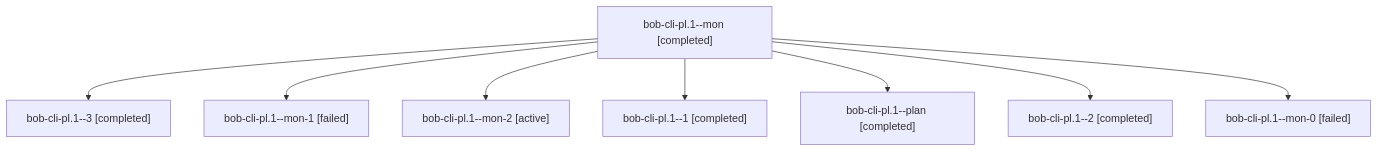
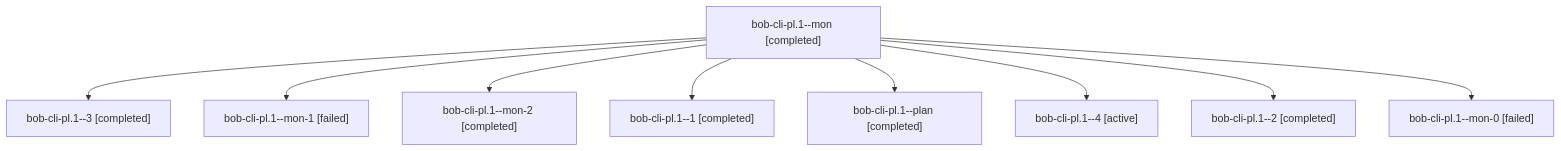
The diagram in sessions/bbugyi200.apollo.bob-cli-pl.1.md (bobs-org/bob-cli--agents), drawn with Mermaid before and after one commit. The commit also changed other lines of this file and 77 other files, not shown here.

````diff
--- a/sessions/bbugyi200.apollo.bob-cli-pl.1.md
+++ b/sessions/bbugyi200.apollo.bob-cli-pl.1.md
@@ -9,18 +9,20 @@
 ```mermaid
 flowchart TD
   n0["bob-cli-pl.1--mon [completed]"]
   n1["bob-cli-pl.1--3 [completed]"]
   n0 --> n1
   n2["bob-cli-pl.1--mon-1 [failed]"]
   n0 --> n2
-  n3["bob-cli-pl.1--mon-2 [active]"]
+  n3["bob-cli-pl.1--mon-2 [completed]"]
   n0 --> n3
   n4["bob-cli-pl.1--1 [completed]"]
   n0 --> n4
   n5["bob-cli-pl.1--plan [completed]"]
   n0 --> n5
-  n6["bob-cli-pl.1--2 [completed]"]
+  n6["bob-cli-pl.1--4 [active]"]
   n0 --> n6
-  n7["bob-cli-pl.1--mon-0 [failed]"]
+  n7["bob-cli-pl.1--2 [completed]"]
   n0 --> n7
+  n8["bob-cli-pl.1--mon-0 [failed]"]
+  n0 --> n8
 ```
````
